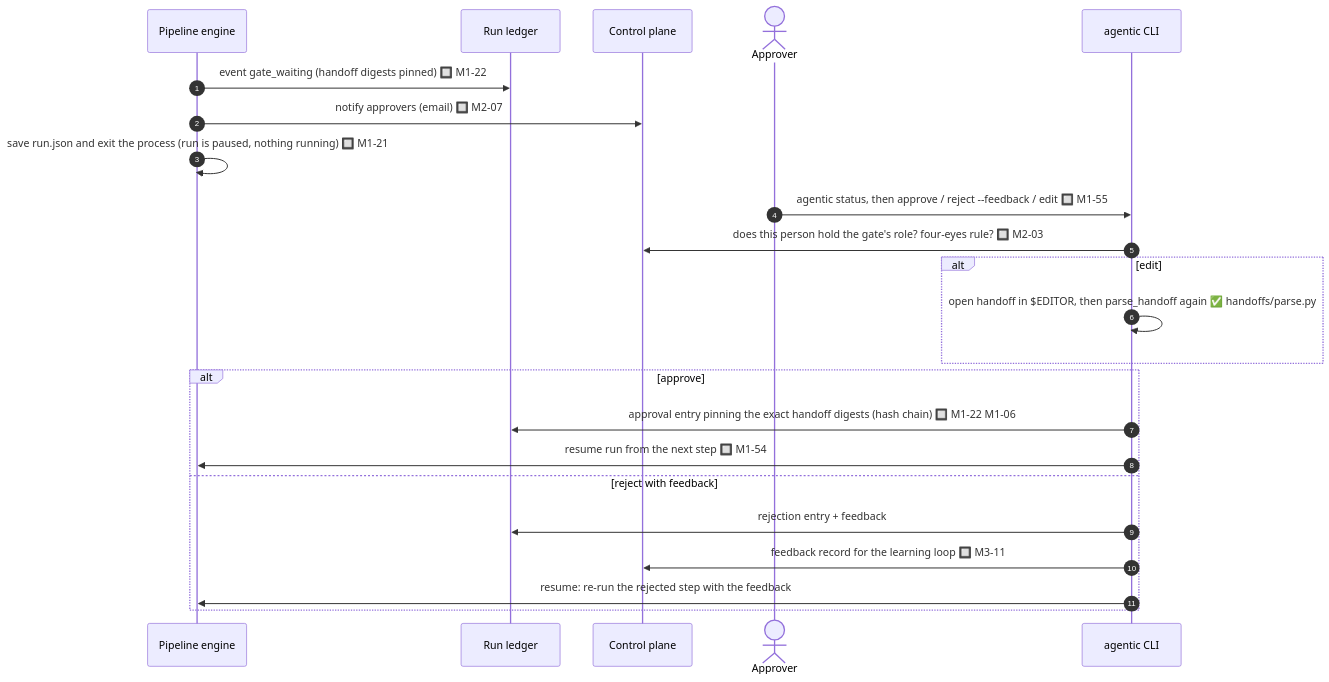
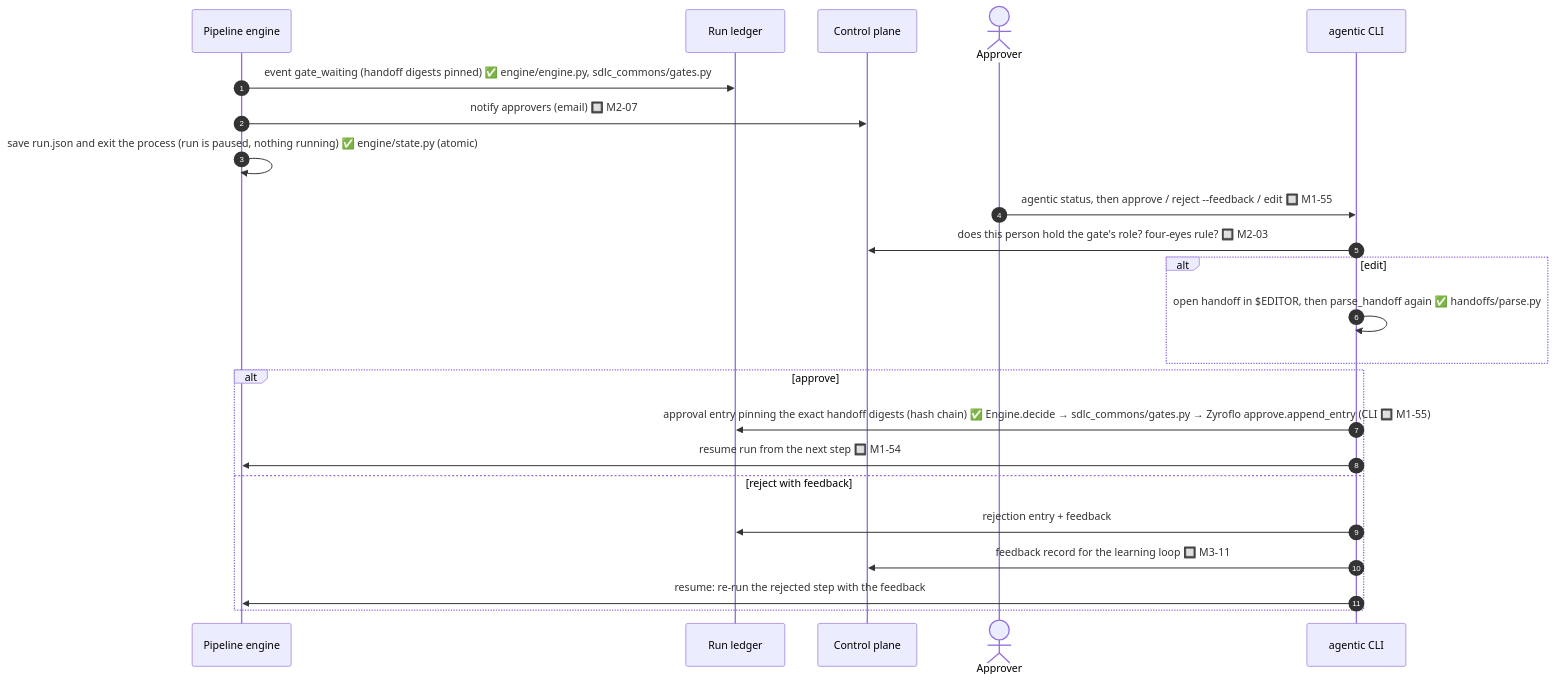
One commit to cbeyondcloud/agentic-sdlc changed the fourth of 5 diagrams in docs/architecture/call-flow.md. Above: the diagram before and after it, drawn with Mermaid. The commit also changed other lines of this file and 3 other files, not shown here.

````diff
--- a/docs/architecture/call-flow.md
+++ b/docs/architecture/call-flow.md
@@ -127,26 +127,26 @@
 ```mermaid
 sequenceDiagram
     autonumber
     participant Eng as Pipeline engine
     participant Led as Run ledger
     participant CP as Control plane
     actor Appr as Approver
     participant CLI as agentic CLI
 
-    Eng->>Led: event gate_waiting (handoff digests pinned) 🔲 M1-22
+    Eng->>Led: event gate_waiting (handoff digests pinned) ✅ engine/engine.py, sdlc_commons/gates.py
     Eng->>CP: notify approvers (email) 🔲 M2-07
-    Eng->>Eng: save run.json and exit the process (run is paused, nothing running) 🔲 M1-21
+    Eng->>Eng: save run.json and exit the process (run is paused, nothing running) ✅ engine/state.py (atomic)
     Appr->>CLI: agentic status, then approve / reject --feedback / edit 🔲 M1-55
     CLI->>CP: does this person hold the gate's role? four-eyes rule? 🔲 M2-03
     alt edit
         CLI->>CLI: open handoff in $EDITOR, then parse_handoff again ✅ handoffs/parse.py
     end
     alt approve
-        CLI->>Led: approval entry pinning the exact handoff digests (hash chain) 🔲 M1-22 M1-06
+        CLI->>Led: approval entry pinning the exact handoff digests (hash chain) ✅ Engine.decide → sdlc_commons/gates.py → Zyroflo approve.append_entry (CLI 🔲 M1-55)
         CLI->>Eng: resume run from the next step 🔲 M1-54
     else reject with feedback
         CLI->>Led: rejection entry + feedback
         CLI->>CP: feedback record for the learning loop 🔲 M3-11
         CLI->>Eng: resume: re-run the rejected step with the feedback
     end
 ```
````
